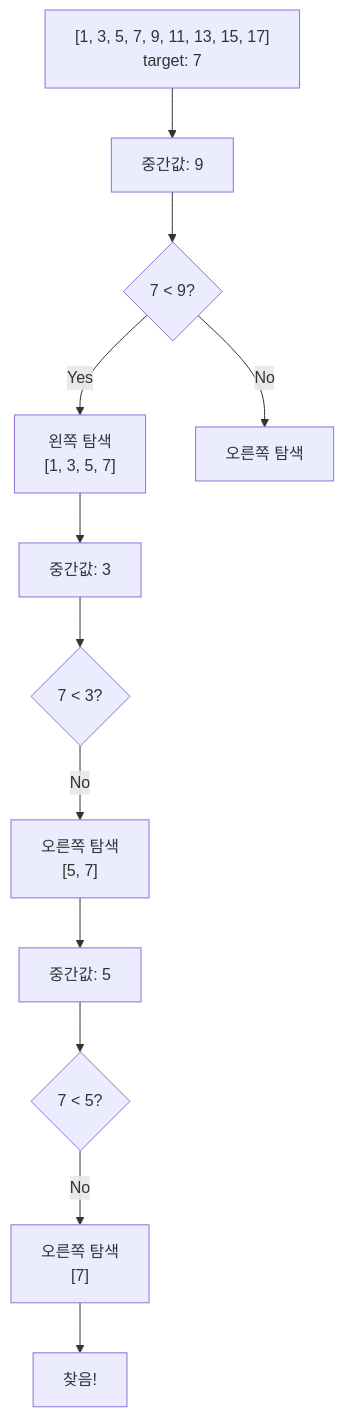
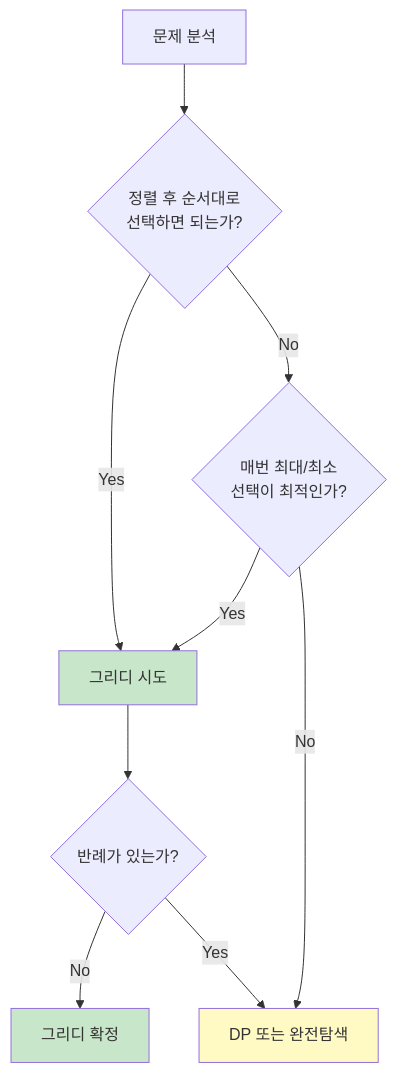
One commit to nugurejeil/weniVooks changed the diagram in _md/essentials-codingtest/chapter04/04-2.md. Above: the diagram before and after it, drawn with Mermaid. The commit also changed other lines of this file and 9 other files, not shown here.

````diff
--- a/_md/essentials-codingtest/chapter04/04-2.md
+++ b/_md/essentials-codingtest/chapter04/04-2.md
@@ -87,14 +269,16 @@
 ```mermaid
 graph TD
-    A["[1, 3, 5, 7, 9, 11, 13, 15, 17]<br/>target: 7"] --> B[중간값: 9]
-    B --> C{7 < 9?}
-    C -->|Yes| D["왼쪽 탐색<br/>[1, 3, 5, 7]"]
-    C -->|No| E["오른쪽 탐색"]
-    D --> F[중간값: 3]
-    F --> G{7 < 3?}
-    G -->|No| H["오른쪽 탐색<br/>[5, 7]"]
-    H --> I[중간값: 5]
-    I --> J{7 < 5?}
-    J -->|No| K["오른쪽 탐색<br/>[7]"]
-    K --> L[찾음!]
+    A[문제 분석] --> B{정렬 후 순서대로<br/>선택하면 되는가?}
+    B -->|Yes| C[그리디 시도]
+    B -->|No| D{매번 최대/최소<br/>선택이 최적인가?}
+    D -->|Yes| C
+    D -->|No| E[DP 또는 완전탐색]
+
+    C --> F{반례가 있는가?}
+    F -->|No| G[그리디 확정]
+    F -->|Yes| E
+
+    style C fill:#c8e6c9
+    style G fill:#c8e6c9
+    style E fill:#fff9c4
 ```
````
